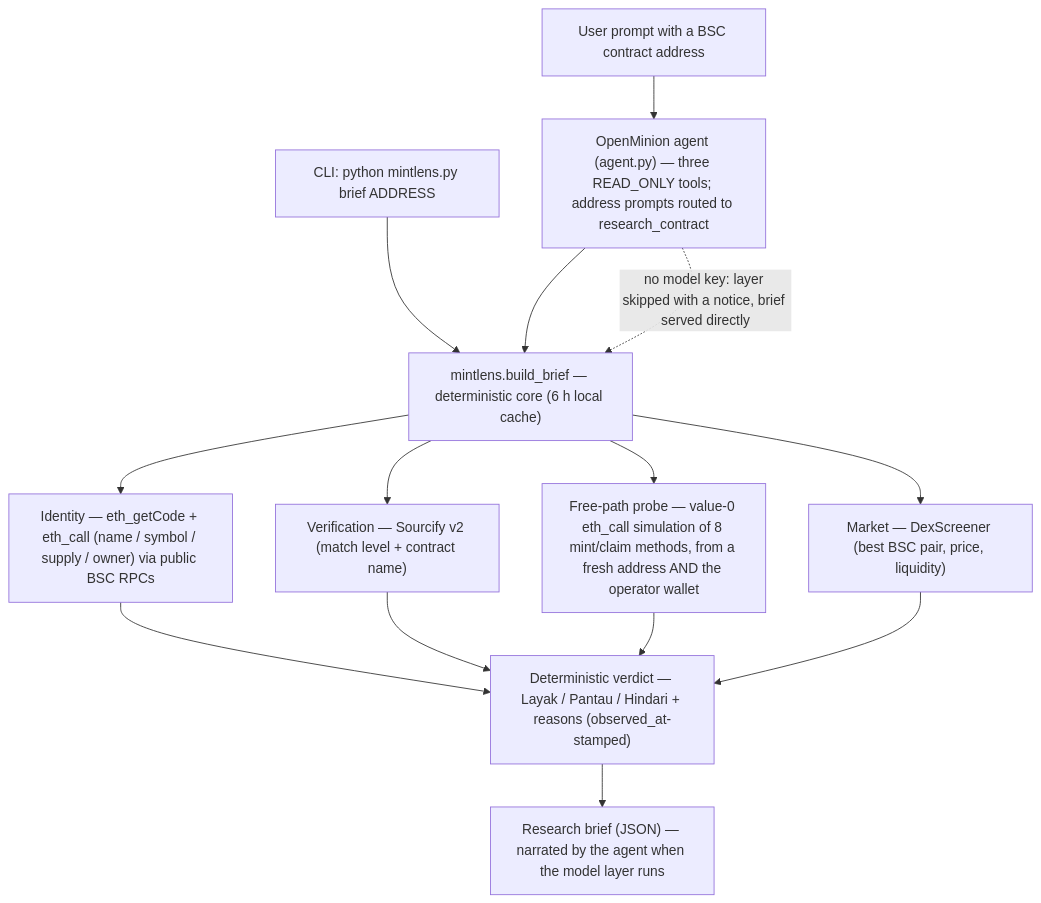
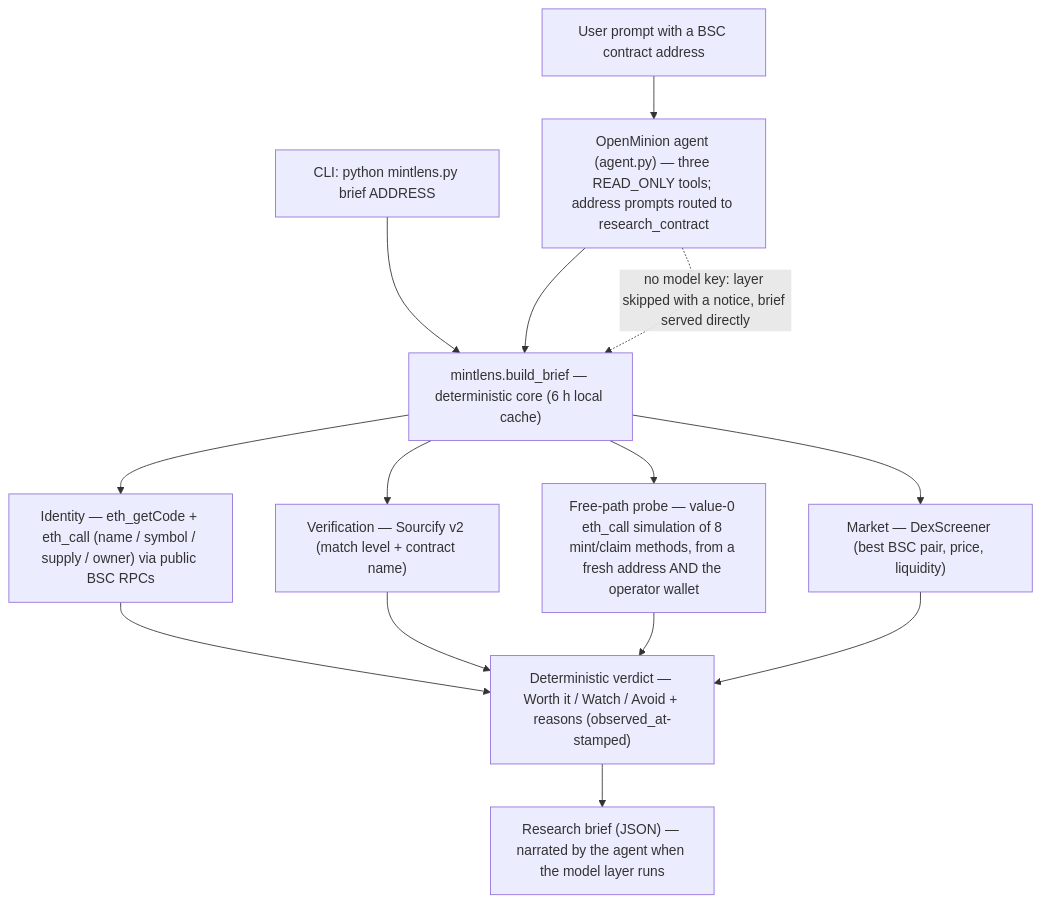
The diagram in README.md (Leira-ai/mintlens), drawn with Mermaid before and after one commit. The commit also changed other lines of this file and 8 other files, not shown here.

Commit message:
English verdict labels (Worth it / Watch / Avoid) + regenerated live examples

````diff
--- a/README.md
+++ b/README.md
@@ -48,18 +47,18 @@
 ```mermaid
 flowchart TD
     U["User prompt with a BSC contract address"] --> AGENT
     CLI["CLI: python mintlens.py brief ADDRESS"] --> CORE
     AGENT["OpenMinion agent (agent.py) — three READ_ONLY tools; address prompts routed to research_contract"] --> CORE
     AGENT -.->|"no model key: layer skipped with a notice, brief served directly"| CORE
     CORE["mintlens.build_brief — deterministic core (6 h local cache)"]
     CORE --> ID["Identity — eth_getCode + eth_call (name / symbol / supply / owner) via public BSC RPCs"]
     CORE --> VER["Verification — Sourcify v2 (match level + contract name)"]
     CORE --> PROBE["Free-path probe — value-0 eth_call simulation of 8 mint/claim methods, from a fresh address AND the operator wallet"]
     CORE --> MKT["Market — DexScreener (best BSC pair, price, liquidity)"]
     ID --> VERDICT
     VER --> VERDICT
     PROBE --> VERDICT
     MKT --> VERDICT
-    VERDICT["Deterministic verdict — Layak / Pantau / Hindari + reasons (observed_at-stamped)"]
+    VERDICT["Deterministic verdict — Worth it / Watch / Avoid + reasons (observed_at-stamped)"]
     VERDICT --> OUT["Research brief (JSON) — narrated by the agent when the model layer runs"]
 ```
````
